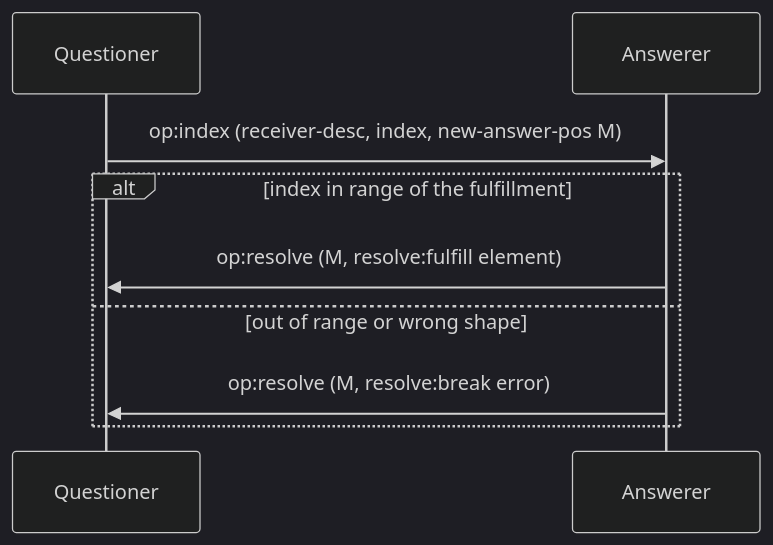
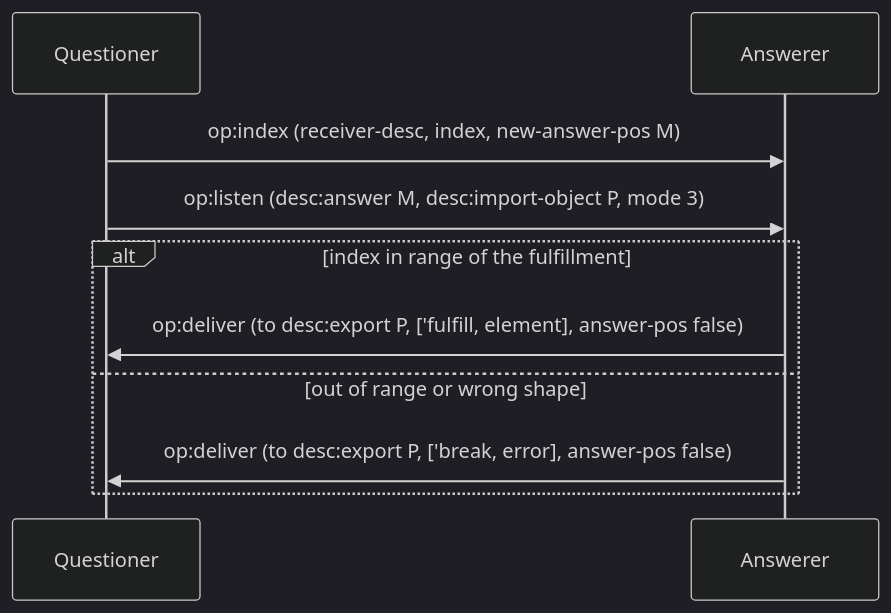
The seventh of 7 diagrams in docs/protocol-diagrams/02-deliver-and-resolve.md (glowcap-org/glowcap), drawn with Mermaid (dark theme) before and after one commit. The commit also changed other lines of this file and 920 other files, not shown here.

````diff
--- a/docs/protocol-diagrams/02-deliver-and-resolve.md
+++ b/docs/protocol-diagrams/02-deliver-and-resolve.md
@@ -109,11 +108,12 @@
 ```mermaid
 sequenceDiagram
     participant Q as Questioner
     participant R as Answerer
     Q->>R: op:index (receiver-desc, index, new-answer-pos M)
+    Q->>R: op:listen (desc:answer M, desc:import-object P, mode 3)
     alt index in range of the fulfillment
-        R->>Q: op:resolve (M, resolve:fulfill element)
+        R->>Q: op:deliver (to desc:export P, ['fulfill, element], answer-pos false)
     else out of range or wrong shape
-        R->>Q: op:resolve (M, resolve:break error)
+        R->>Q: op:deliver (to desc:export P, ['break, error], answer-pos false)
     end
 ```
````
